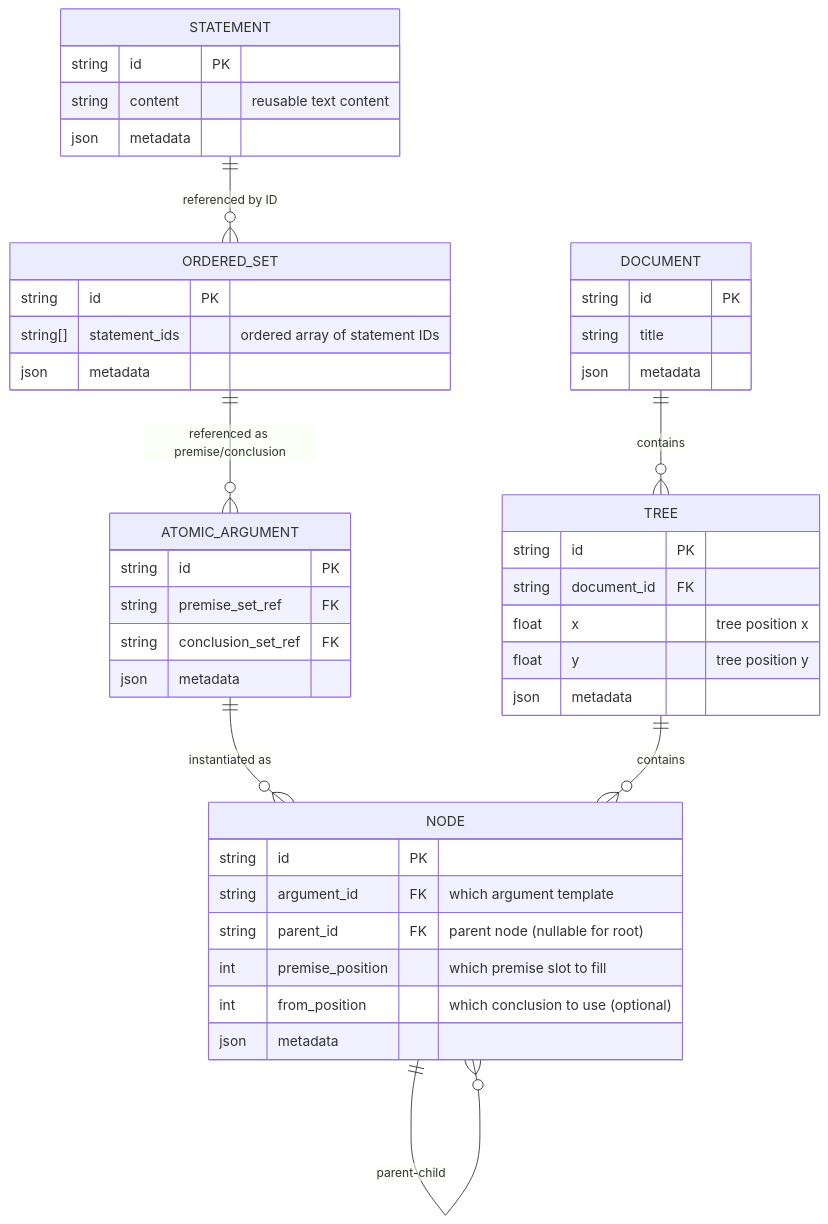
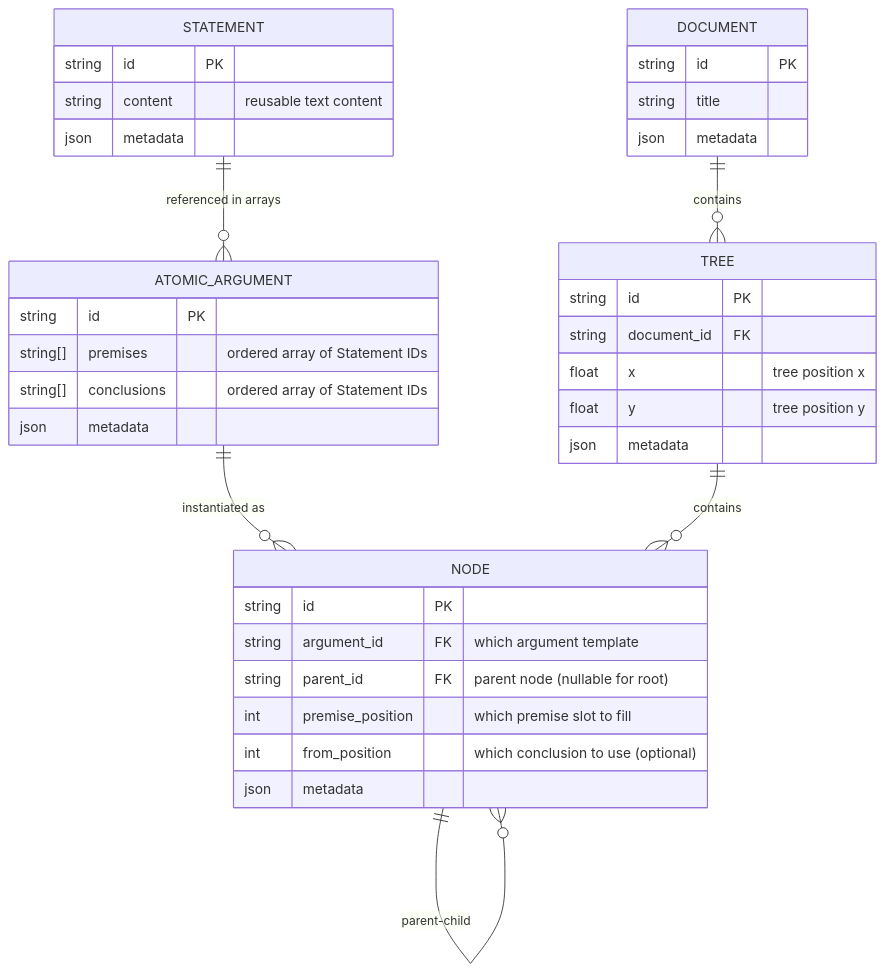
One commit to nate123456/proof-editor changed the diagram in docs/08-technical-design/data-model/conceptual-data-model.md. Above: the diagram before and after it, drawn with Mermaid. The commit also changed other lines of this file and 162 other files, not shown here.

````diff
--- a/docs/08-technical-design/data-model/conceptual-data-model.md
+++ b/docs/08-technical-design/data-model/conceptual-data-model.md
@@ -80,46 +78,40 @@
 ```mermaid
 erDiagram
     STATEMENT {
         string id PK
         string content "reusable text content"
         json metadata
     }
-    ORDERED_SET {
-        string id PK
-        string[] statement_ids "ordered array of statement IDs"
-        json metadata
-    }
     ATOMIC_ARGUMENT {
         string id PK
-        string premise_set_ref FK
-        string conclusion_set_ref FK
+        string[] premises "ordered array of Statement IDs"
+        string[] conclusions "ordered array of Statement IDs"
         json metadata
     }
     NODE {
         string id PK
         string argument_id FK "which argument template"
         string parent_id FK "parent node (nullable for root)"
         int premise_position "which premise slot to fill"
         int from_position "which conclusion to use (optional)"
         json metadata
     }
     TREE {
         string id PK
         string document_id FK
         float x "tree position x"
         float y "tree position y"
         json metadata
     }
     DOCUMENT {
         string id PK
         string title
         json metadata
     }
     
-    STATEMENT ||--o{ ORDERED_SET : "referenced by ID"
-    ORDERED_SET ||--o{ ATOMIC_ARGUMENT : "referenced as premise/conclusion"
+    STATEMENT ||--o{ ATOMIC_ARGUMENT : "referenced in arrays"
     ATOMIC_ARGUMENT ||--o{ NODE : "instantiated as"
     NODE ||--o{ NODE : "parent-child"
     TREE ||--o{ NODE : "contains"
     DOCUMENT ||--o{ TREE : "contains"
 ```
````
